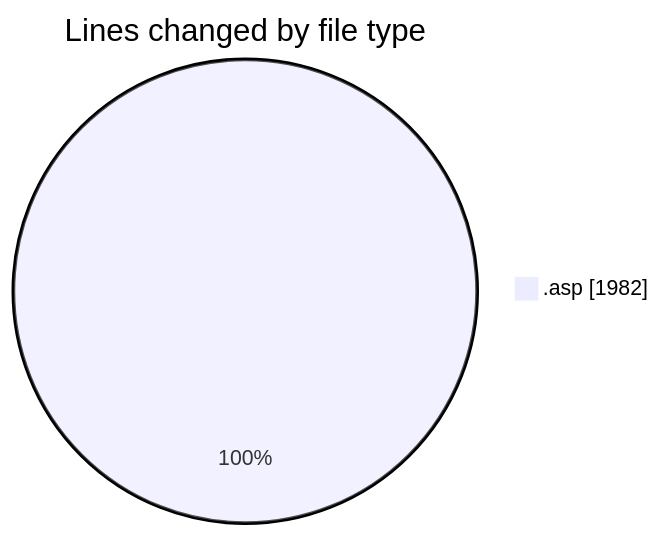
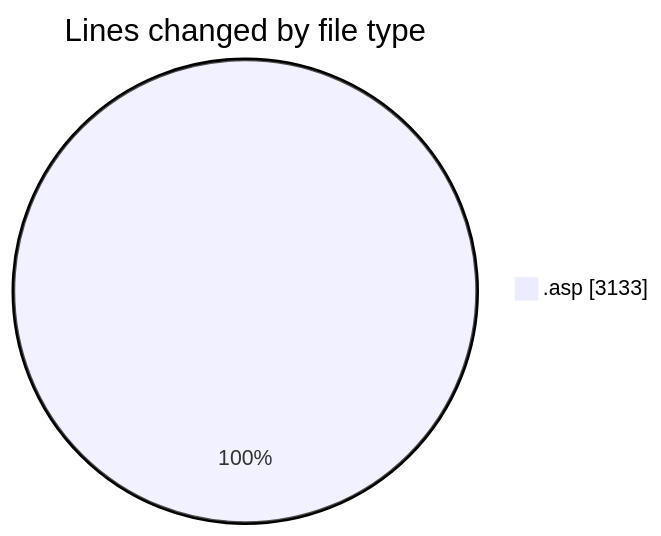
Before and after one commit to julien-gomy/code-tracking: the first of 2 diagrams in 2025-10-10/cdp_aleoudev_fr__workspace_/README.md, drawn with Mermaid. The commit also changed other lines of this file and 1 other file, not shown here.

````diff
--- a/2025-10-10/cdp_aleoudev_fr__workspace_/README.md
+++ b/2025-10-10/cdp_aleoudev_fr__workspace_/README.md
@@ -23,5 +24,5 @@
 ```mermaid
 pie showData
 title Lines changed by file type
-".asp" : 1982
+".asp" : 3133
 ```
````
